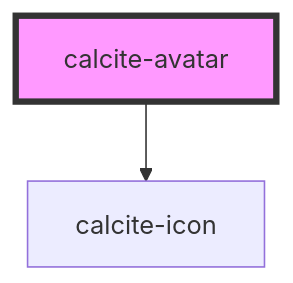
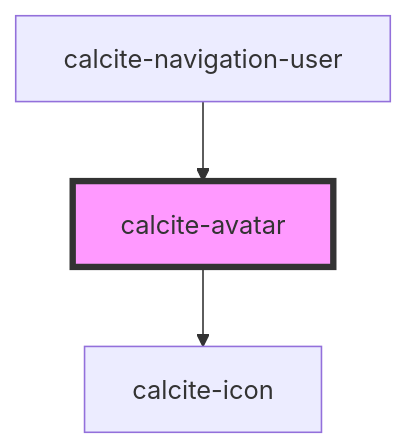
The diagram in packages/calcite-components/src/components/avatar/readme.md (vikivakarvc/calcite-design-system), drawn with Mermaid before and after one commit. The commit also changed other lines of this file and 91 other files, not shown here.

````diff
--- a/packages/calcite-components/src/components/avatar/readme.md
+++ b/packages/calcite-components/src/components/avatar/readme.md
@@ -58,5 +63,6 @@
 ```mermaid
 graph TD;
   calcite-avatar --> calcite-icon
+  calcite-navigation-user --> calcite-avatar
   style calcite-avatar fill:#f9f,stroke:#333,stroke-width:4px
 ```
````
